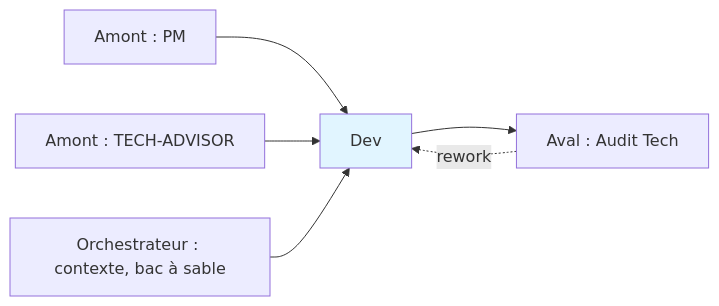
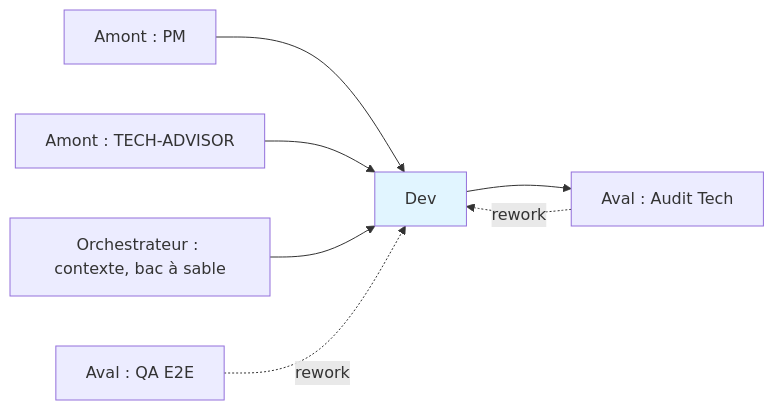
One commit to VincentG32/solo-builder-ai changed the diagram in agents/dev.md. Above: the diagram before and after it, drawn with Mermaid. The commit also changed other lines of this file and 16 other files, not shown here.

````diff
--- a/agents/dev.md
+++ b/agents/dev.md
@@ -506,9 +506,10 @@
 ```mermaid
 flowchart LR
     PM[Amont : PM] --> ME[Dev]
     TA[Amont : TECH-ADVISOR] --> ME
     ORC[Orchestrateur : contexte, bac à sable] --> ME
     ME --> AUD[Aval : Audit Tech]
     AUD -.rework.-> ME
+    QA[Aval : QA E2E] -.rework.-> ME
     style ME fill:#e1f5ff
 ```
````
